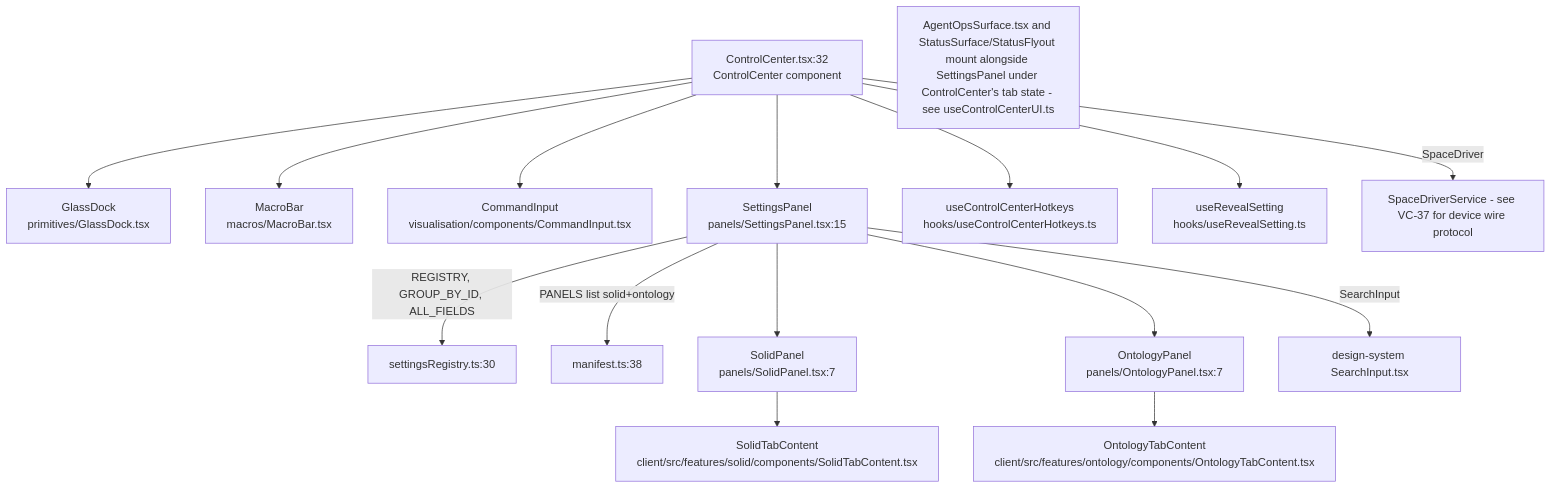
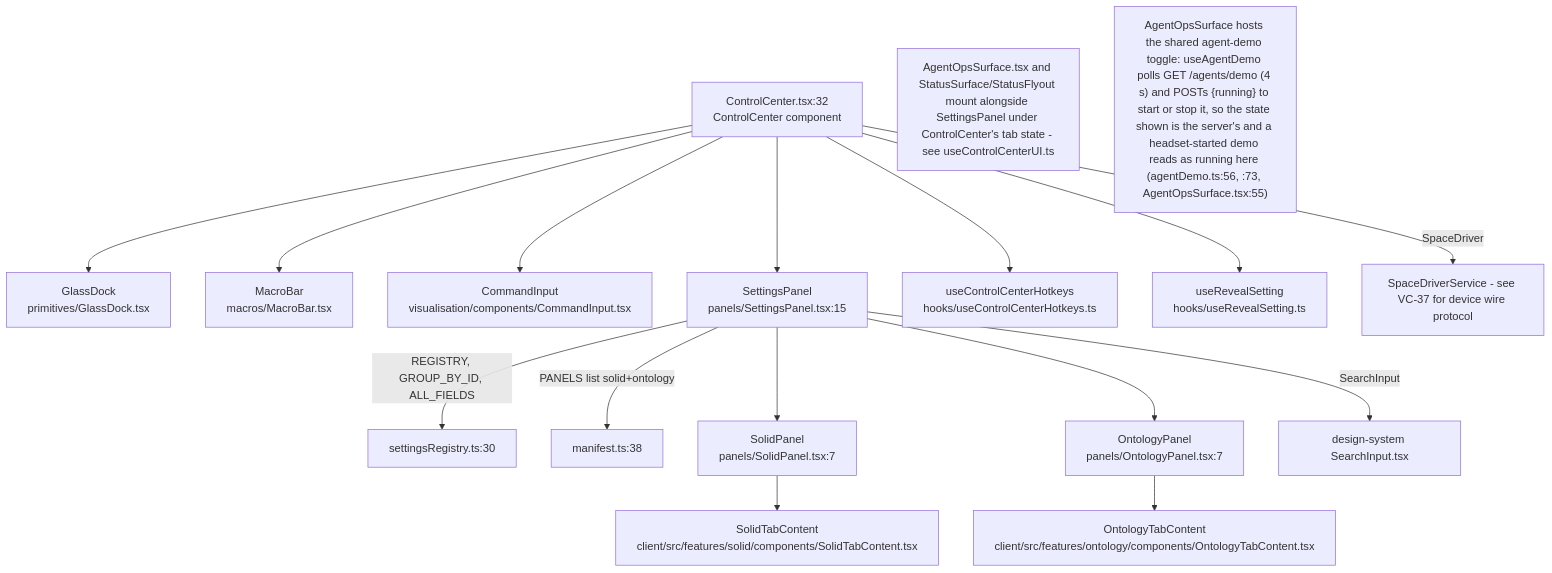
Before and after one commit to DreamLab-AI/VisionFlow: the sixth of 20 diagrams in docs/diagrams/visionclaw/34-client-features.md, drawn with Mermaid. The commit also changed other lines of this file and 160 other files, not shown here.

````diff
--- a/docs/diagrams/visionclaw/34-client-features.md
+++ b/docs/diagrams/visionclaw/34-client-features.md
@@ -267,18 +271,19 @@
 ```mermaid
 flowchart TD
     CC["ControlCenter.tsx:32<br/>ControlCenter component"] --> Dock["GlassDock<br/>primitives/GlassDock.tsx"]
     CC --> MacroBar["MacroBar<br/>macros/MacroBar.tsx"]
     CC --> CmdInput["CommandInput<br/>visualisation/components/CommandInput.tsx"]
     CC --> SP["SettingsPanel<br/>panels/SettingsPanel.tsx:15"]
     SP -->|REGISTRY, GROUP_BY_ID, ALL_FIELDS| Reg["settingsRegistry.ts:30"]
     SP -->|PANELS list solid+ontology| Man["manifest.ts:38"]
     SP --> SolidPanel["SolidPanel<br/>panels/SolidPanel.tsx:7"]
     SP --> OntPanel["OntologyPanel<br/>panels/OntologyPanel.tsx:7"]
     SolidPanel --> SolidTab["SolidTabContent<br/>client/src/features/solid/components/SolidTabContent.tsx"]
     OntPanel --> OntTab["OntologyTabContent<br/>client/src/features/ontology/components/OntologyTabContent.tsx"]
     SP -->|SearchInput| DS["design-system SearchInput.tsx"]
     CC --> Hotkeys["useControlCenterHotkeys<br/>hooks/useControlCenterHotkeys.ts"]
     CC --> Reveal["useRevealSetting<br/>hooks/useRevealSetting.ts"]
     CC -->|SpaceDriver| SPD["SpaceDriverService - see VC-37 for device wire protocol"]
     Note1["AgentOpsSurface.tsx and StatusSurface/StatusFlyout mount alongside SettingsPanel under ControlCenter's tab state - see useControlCenterUI.ts"]
+    Note2["AgentOpsSurface hosts the shared agent-demo toggle: useAgentDemo polls GET /agents/demo (4 s) and POSTs {running} to start or stop it, so the state shown is the server's and a headset-started demo reads as running here (agentDemo.ts:56, :73, AgentOpsSurface.tsx:55)"]
 ```
````
